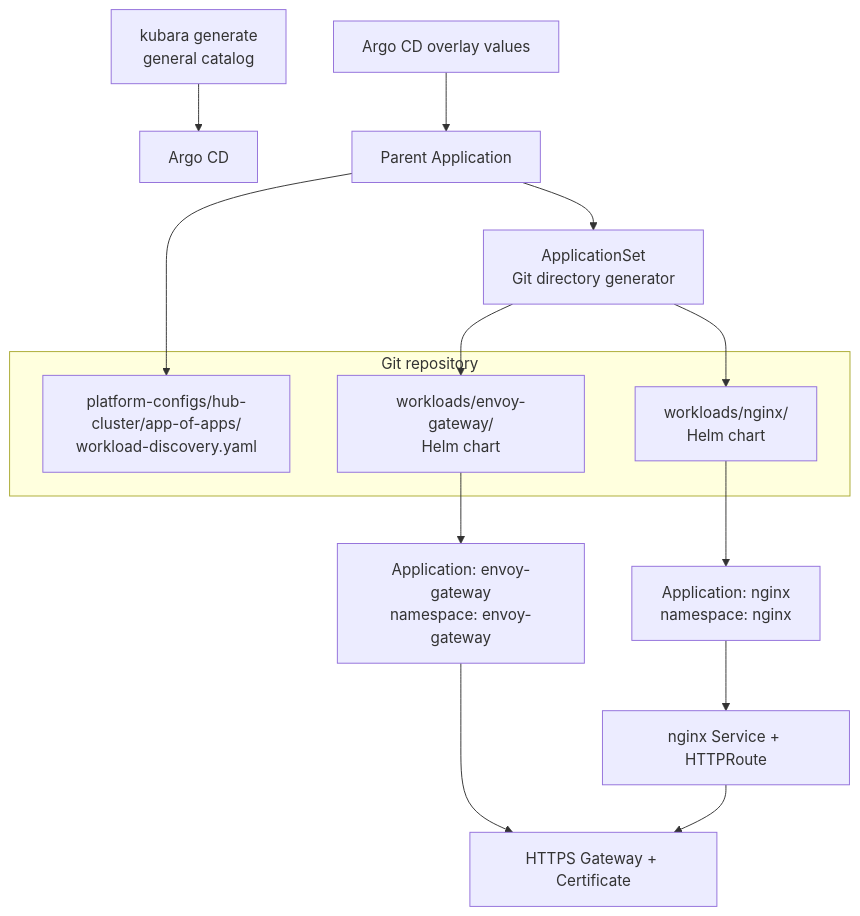
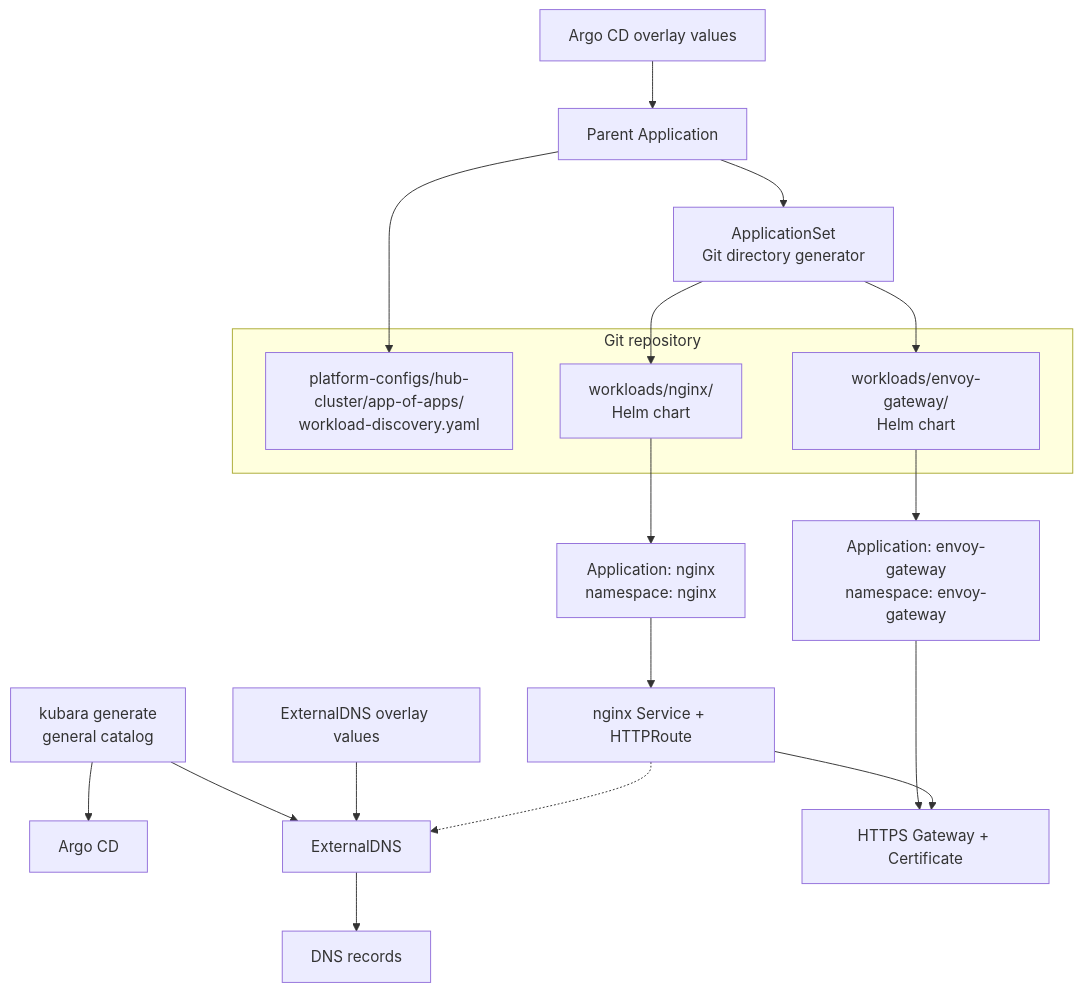
One commit to kubara-io/platform-setup-examples changed the diagram in argocd-dynamic-app-discovery/README.md. Above: the diagram before and after it, drawn with Mermaid. The commit also changed other lines of this file and 3 other files, not shown here.

Commit message:
add missing external-dns support

````diff
--- a/argocd-dynamic-app-discovery/README.md
+++ b/argocd-dynamic-app-discovery/README.md
@@ -21,21 +21,25 @@
 ```mermaid
 flowchart TD
     Kubara["kubara generate<br/>general catalog"] --> ArgoCD["Argo CD"]
-    Values["Argo CD overlay values"] --> Parent["Parent Application"]
+    Kubara --> ExtDNS["ExternalDNS"]
+    ArgoValues["Argo CD overlay values"] --> Parent["Parent Application"]
+    DNSValues["ExternalDNS overlay values"] --> ExtDNS
     Parent --> AppSet["ApplicationSet<br/>Git directory generator"]
 
     subgraph Git["Git repository"]
         Manifests["platform-configs/hub-cluster/app-of-apps/<br/>workload-discovery.yaml"]
         Envoy["workloads/envoy-gateway/<br/>Helm chart"]
         Nginx["workloads/nginx/<br/>Helm chart"]
     end
 
     Parent --> Manifests
     AppSet --> Envoy
     AppSet --> Nginx
     Envoy --> EnvoyApp["Application: envoy-gateway<br/>namespace: envoy-gateway"]
     Nginx --> NginxApp["Application: nginx<br/>namespace: nginx"]
     EnvoyApp --> Gateway["HTTPS Gateway + Certificate"]
     NginxApp --> Route["nginx Service + HTTPRoute"]
     Route --> Gateway
+    Route -.-> ExtDNS
+    ExtDNS --> DNS["DNS records"]
 ```
````
